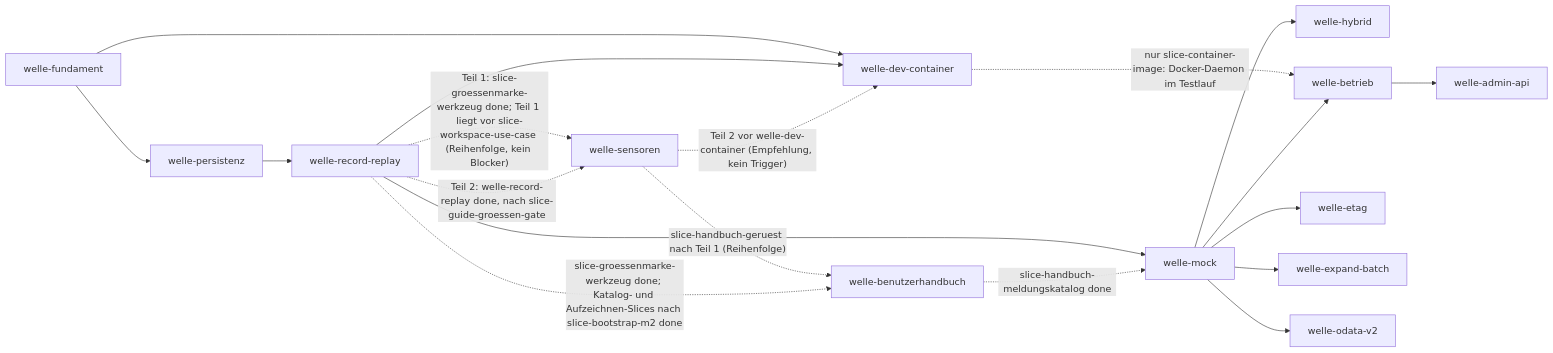
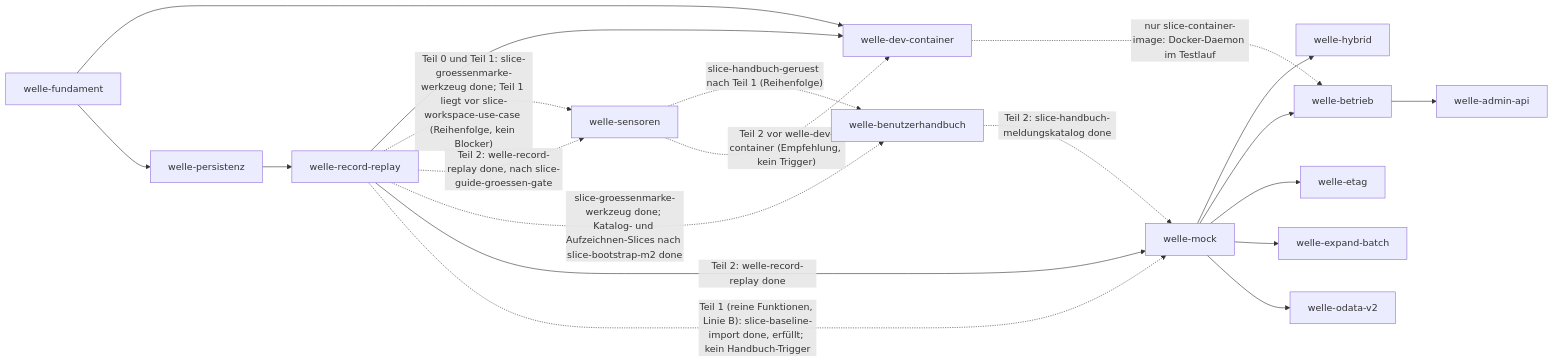
One commit to pt9912/odata-recorder changed the diagram in docs/plan/planning/in-progress/roadmap.md. Above: the diagram before and after it, drawn with Mermaid. The commit also changed other lines of this file and 3 other files, not shown here.

First line of the commit message:
Planner: welle-mock gestaffelt, Teil 1 (reine Funktionen) startet jetzt in Linie B, Drift-Log, Roadmap, Abgleichsbericht Frage 7 (LH-QA-06, ADR-0005, LH-FA-08, LH-FA-07)

````diff
--- a/docs/plan/planning/in-progress/roadmap.md
+++ b/docs/plan/planning/in-progress/roadmap.md
@@ -68,35 +68,36 @@
 ```mermaid
 flowchart LR
     F[welle-fundament]
     D[welle-dev-container]
     P[welle-persistenz]
     R[welle-record-replay]
     S[welle-sensoren]
     HB[welle-benutzerhandbuch]
     M[welle-mock]
     H[welle-hybrid]
     B[welle-betrieb]
     A[welle-admin-api]
     E[welle-etag]
     X[welle-expand-batch]
     V[welle-odata-v2]
 
     F --> D
     F --> P
     P --> R
     R --> D
-    R -. "Teil 1: slice-groessenmarke-werkzeug done; Teil 1 liegt vor slice-workspace-use-case (Reihenfolge, kein Blocker)" .-> S
+    R -. "Teil 0 und Teil 1: slice-groessenmarke-werkzeug done; Teil 1 liegt vor slice-workspace-use-case (Reihenfolge, kein Blocker)" .-> S
     R -. "Teil 2: welle-record-replay done, nach slice-guide-groessen-gate" .-> S
     S -. "slice-handbuch-geruest nach Teil 1 (Reihenfolge)" .-> HB
     D -. "nur slice-container-image: Docker-Daemon im Testlauf" .-> B
     S -. "Teil 2 vor welle-dev-container (Empfehlung, kein Trigger)" .-> D
     R -. "slice-groessenmarke-werkzeug done; Katalog- und Aufzeichnen-Slices nach slice-bootstrap-m2 done" .-> HB
-    R --> M
-    HB -. "slice-handbuch-meldungskatalog done" .-> M
+    R -- "Teil 2: welle-record-replay done" --> M
+    R -. "Teil 1 (reine Funktionen, Linie B): slice-baseline-import done, erfüllt; kein Handbuch-Trigger" .-> M
+    HB -. "Teil 2: slice-handbuch-meldungskatalog done" .-> M
     M --> H
     M --> B
     B --> A
     M --> E
     M --> X
     M --> V
 ```
````
